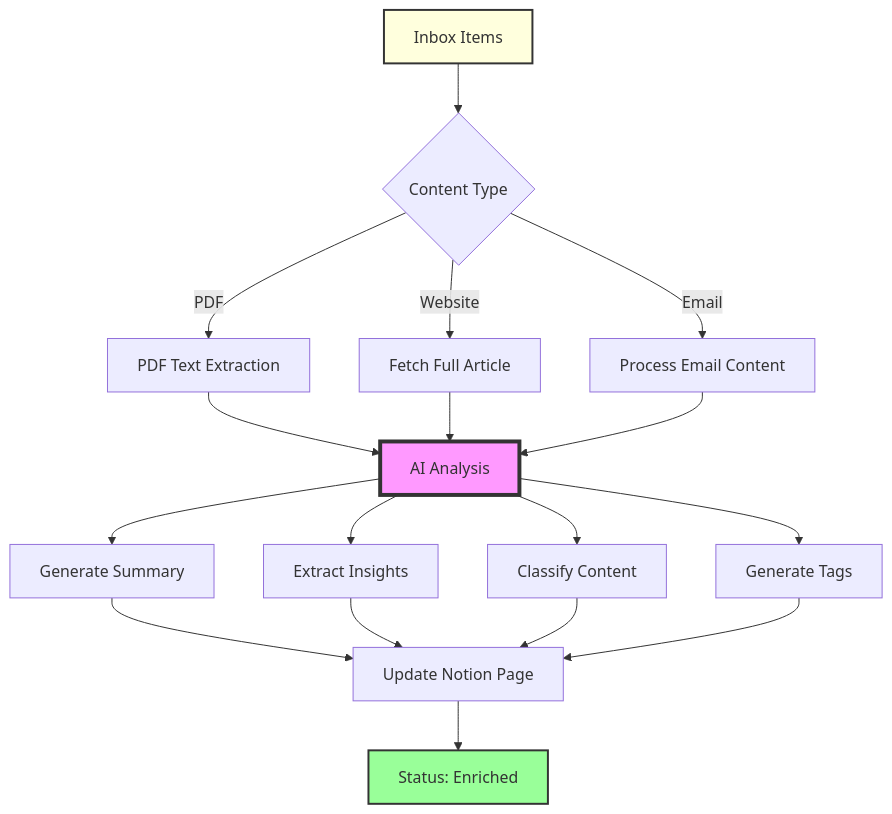
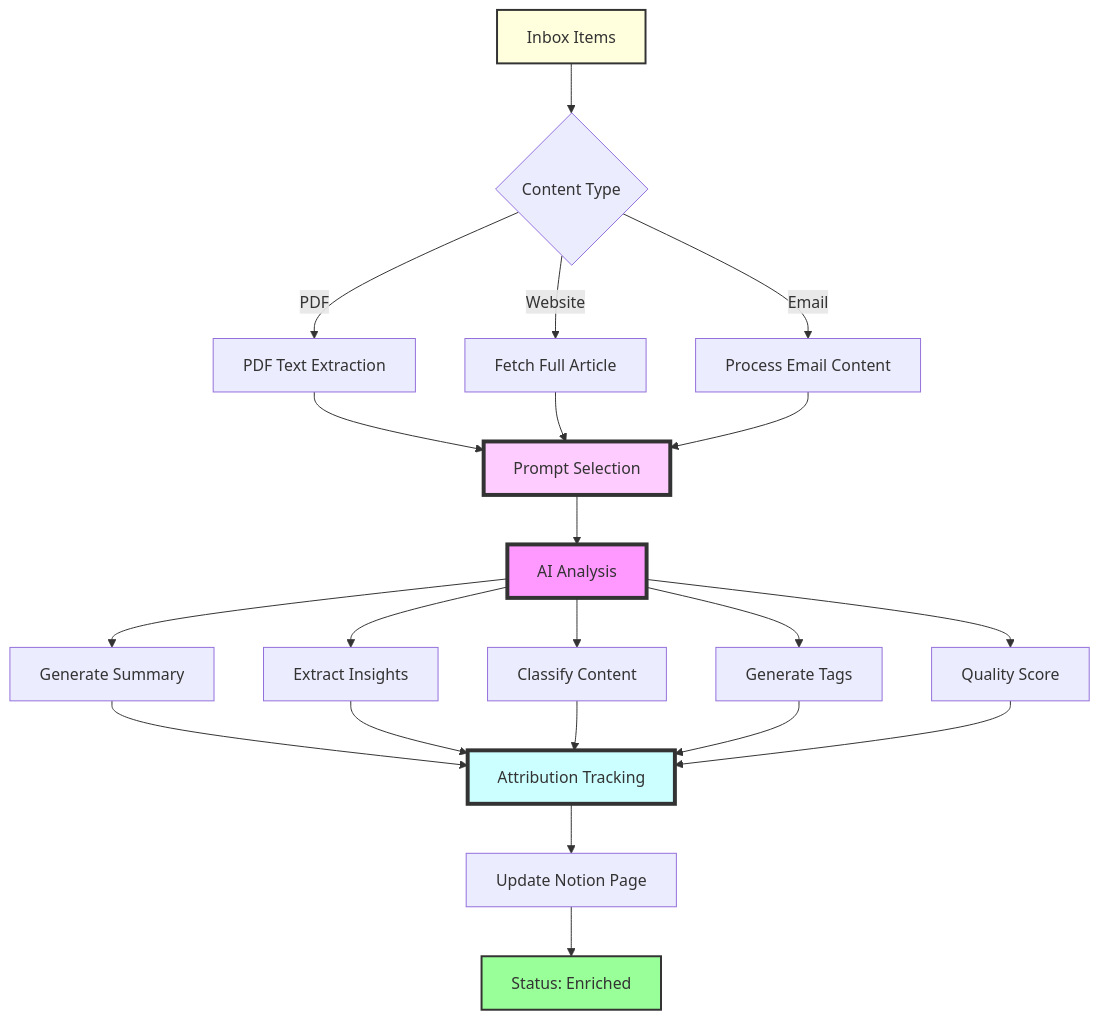
The fifth of 9 diagrams in docs/guides/workflow-overview.md (riverscornelson/knowledge-pipeline), drawn with Mermaid before and after one commit. The commit also changed other lines of this file and 11 other files, not shown here.

````diff
--- a/docs/guides/workflow-overview.md
+++ b/docs/guides/workflow-overview.md
@@ -120,27 +120,33 @@
 ```mermaid
 graph TB
     A[Inbox Items] --> B{Content Type}
     B -->|PDF| C[PDF Text Extraction]
     B -->|Website| D[Fetch Full Article]
     B -->|Email| E[Process Email Content]
     
-    C --> F[AI Analysis]
-    D --> F
-    E --> F
+    C --> P[Prompt Selection]
+    D --> P
+    E --> P
     
+    P --> F[AI Analysis]
     F --> G[Generate Summary]
     F --> H[Extract Insights]
     F --> I[Classify Content]
     F --> T[Generate Tags]
+    F --> Q[Quality Score]
     
-    G --> J[Update Notion Page]
-    H --> J
-    I --> J
-    T --> J
+    G --> AT[Attribution Tracking]
+    H --> AT
+    I --> AT
+    T --> AT
+    Q --> AT
     
+    AT --> J[Update Notion Page]
     J --> K[Status: Enriched]
     
     style A fill:#ffd,stroke:#333,stroke-width:2px
+    style P fill:#fcf,stroke:#333,stroke-width:4px
     style F fill:#f9f,stroke:#333,stroke-width:4px
+    style AT fill:#cff,stroke:#333,stroke-width:4px
     style K fill:#9f9,stroke:#333,stroke-width:2px
 ```
````
